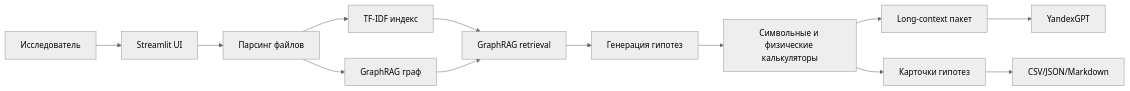
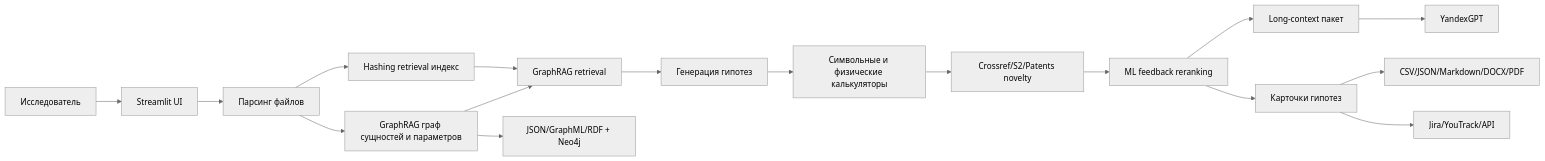
One commit to baxic-top-projects/hackaton changed the diagram in README.md. Above: the diagram before and after it, drawn with Mermaid (neutral theme). The commit also changed other lines of this file and 18 other files, not shown here.

````diff
--- a/README.md
+++ b/README.md
@@ -61,15 +130,19 @@
 ```mermaid
 flowchart LR
     user["Исследователь"] --> ui["Streamlit UI"]
     ui --> ingestion["Парсинг файлов"]
-    ingestion --> textIndex["TF-IDF индекс"]
-    ingestion --> graphIndex["GraphRAG граф"]
+    ingestion --> textIndex["Hashing retrieval индекс"]
+    ingestion --> graphIndex["GraphRAG граф сущностей и параметров"]
     textIndex --> graphRetrieval["GraphRAG retrieval"]
+    graphIndex --> graphStore["JSON/GraphML/RDF + Neo4j"]
     graphIndex --> graphRetrieval
     graphRetrieval --> generator["Генерация гипотез"]
     generator --> calculators["Символьные и физические калькуляторы"]
-    calculators --> llmContext["Long-context пакет"]
+    calculators --> novelty["Crossref/S2/Patents novelty"]
+    novelty --> feedback["ML feedback reranking"]
+    feedback --> llmContext["Long-context пакет"]
     llmContext --> yandex["YandexGPT"]
-    calculators --> cards["Карточки гипотез"]
-    cards --> exports["CSV/JSON/Markdown"]
+    feedback --> cards["Карточки гипотез"]
+    cards --> exports["CSV/JSON/Markdown/DOCX/PDF"]
+    cards --> trackers["Jira/YouTrack/API"]
 ```
````
